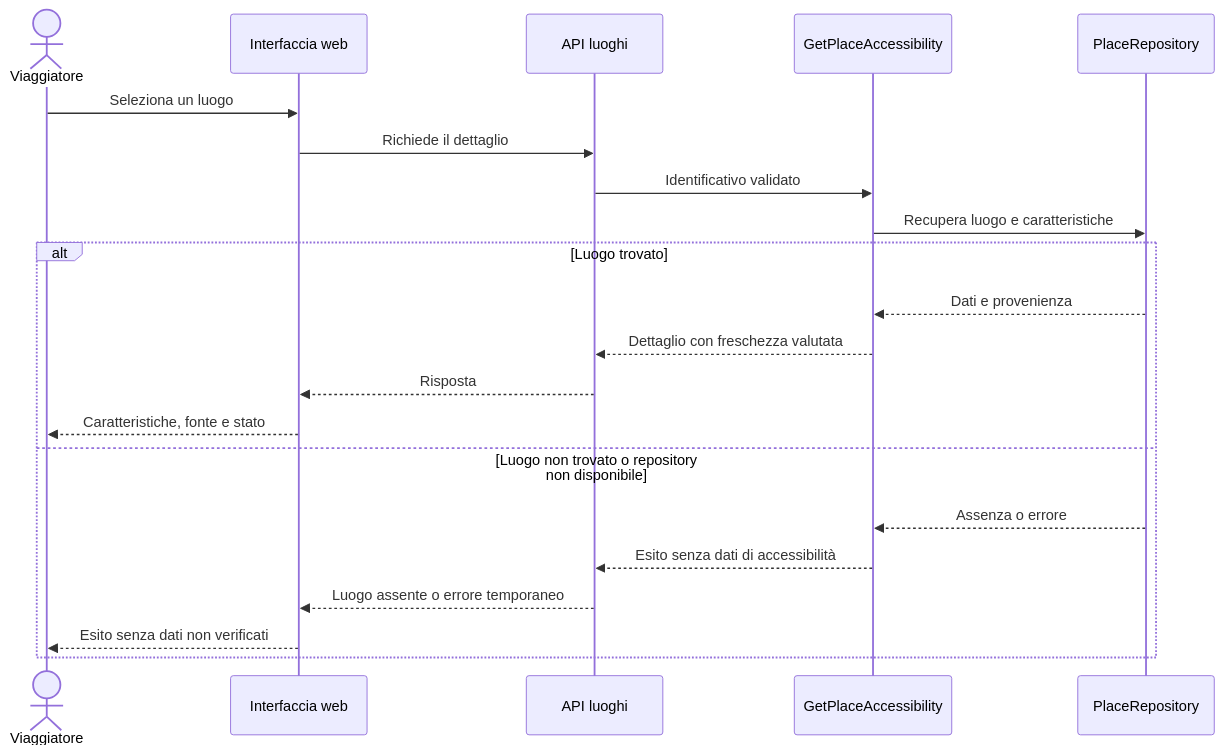
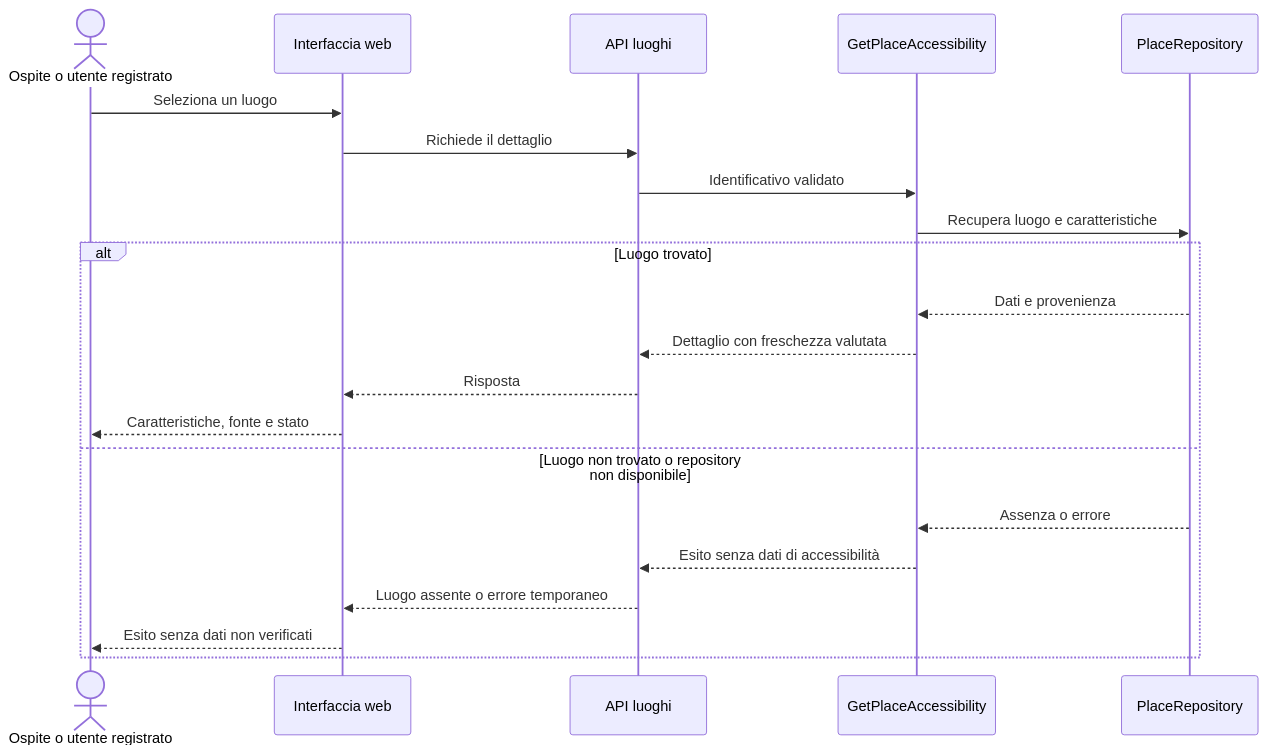
The fourth of 9 diagrams in docs/RAD.md (andreaplini/aegis), drawn with Mermaid before and after one commit. The commit also changed other lines of this file and 5 other files, not shown here.

````diff
--- a/docs/RAD.md
+++ b/docs/RAD.md
@@ -518,24 +514,24 @@
 ```mermaid
 sequenceDiagram
   accDescr: Il sistema recupera luogo e caratteristiche, poi restituisce stato, fonte e validità.
-  actor V as Viaggiatore
+  actor U as Ospite o utente registrato
   participant UI as Interfaccia web
   participant API as API luoghi
   participant UC as GetPlaceAccessibility
   participant Repo as PlaceRepository
-  V->>UI: Seleziona un luogo
+  U->>UI: Seleziona un luogo
   UI->>API: Richiede il dettaglio
   API->>UC: Identificativo validato
   UC->>Repo: Recupera luogo e caratteristiche
   alt Luogo trovato
     Repo-->>UC: Dati e provenienza
     UC-->>API: Dettaglio con freschezza valutata
     API-->>UI: Risposta
-    UI-->>V: Caratteristiche, fonte e stato
+    UI-->>U: Caratteristiche, fonte e stato
   else Luogo non trovato o repository non disponibile
     Repo-->>UC: Assenza o errore
     UC-->>API: Esito senza dati di accessibilità
     API-->>UI: Luogo assente o errore temporaneo
-    UI-->>V: Esito senza dati non verificati
+    UI-->>U: Esito senza dati non verificati
   end
 ```
````
